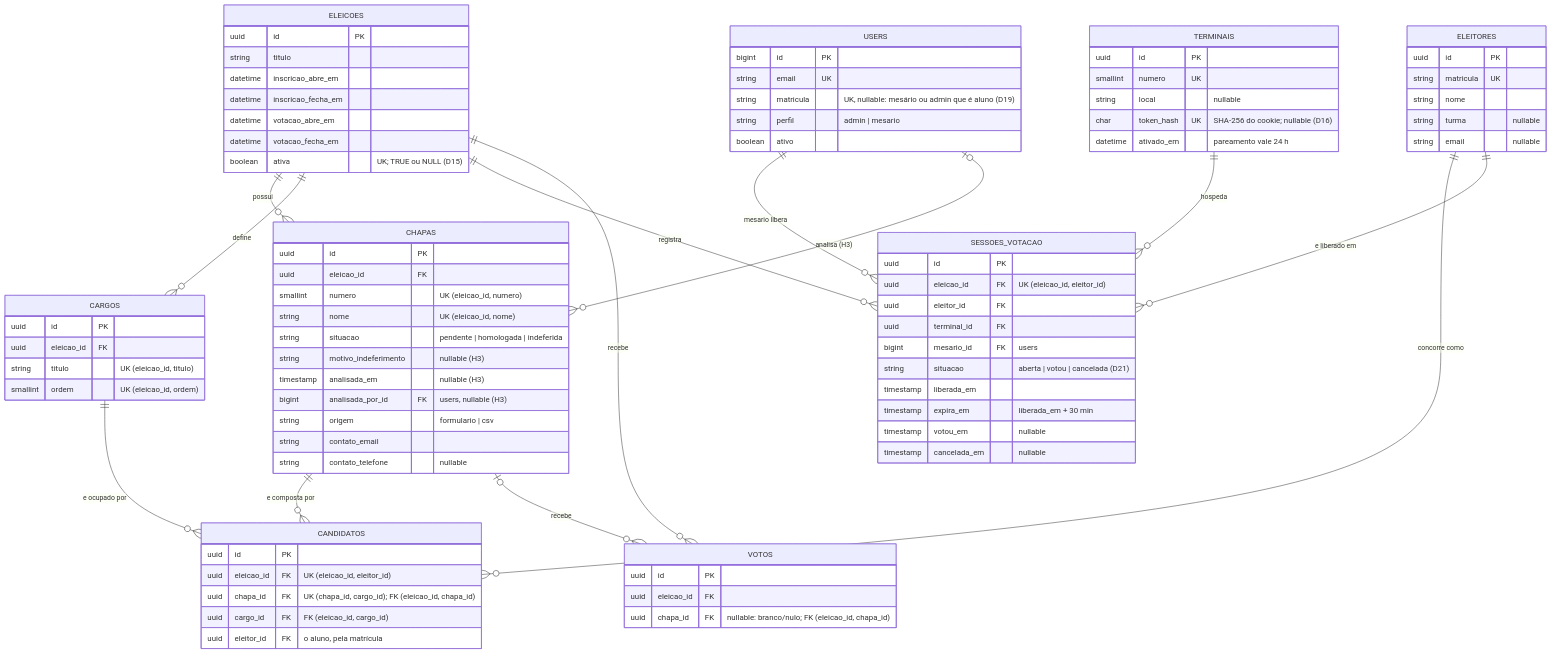
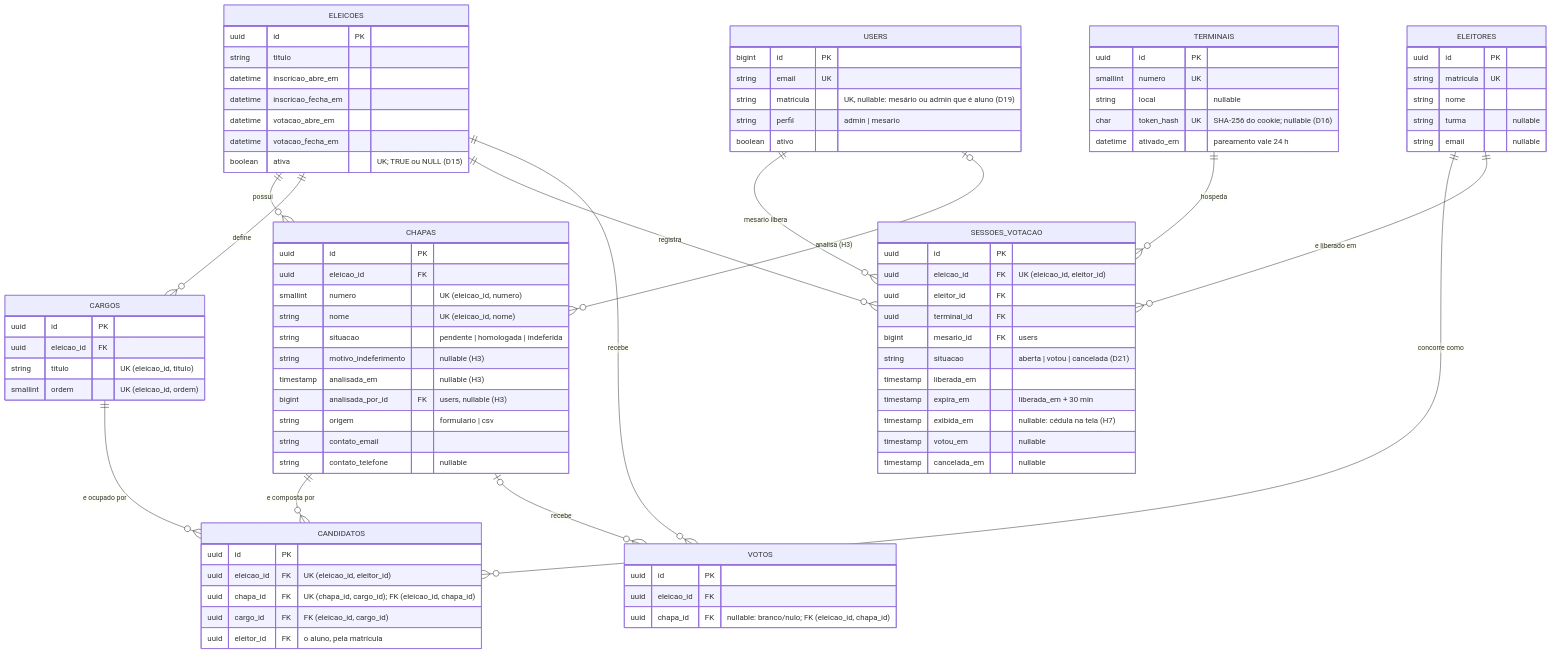
Before and after one commit to prof-ronildo-unicatolica/votacao-digitech: the diagram in docs/MODELO_DADOS.md, drawn with Mermaid. The commit also changed other lines of this file and 16 other files, not shown here.

```diff
--- a/docs/MODELO_DADOS.md
+++ b/docs/MODELO_DADOS.md
@@ -75,6 +75,7 @@
         string situacao "aberta | votou | cancelada (D21)"
         timestamp liberada_em
         timestamp expira_em "liberada_em + 30 min"
+        timestamp exibida_em "nullable: cédula na tela (H7)"
         timestamp votou_em "nullable"
         timestamp cancelada_em "nullable"
     }
```
